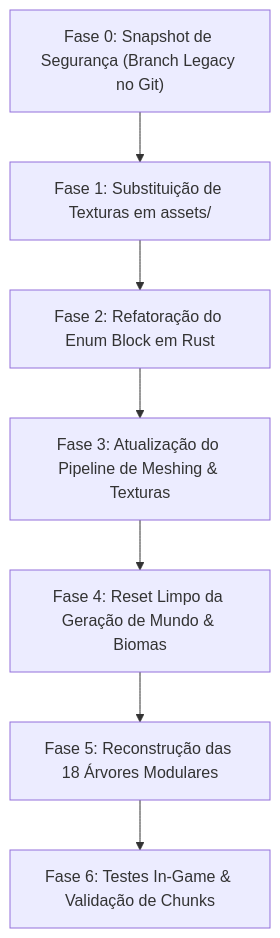
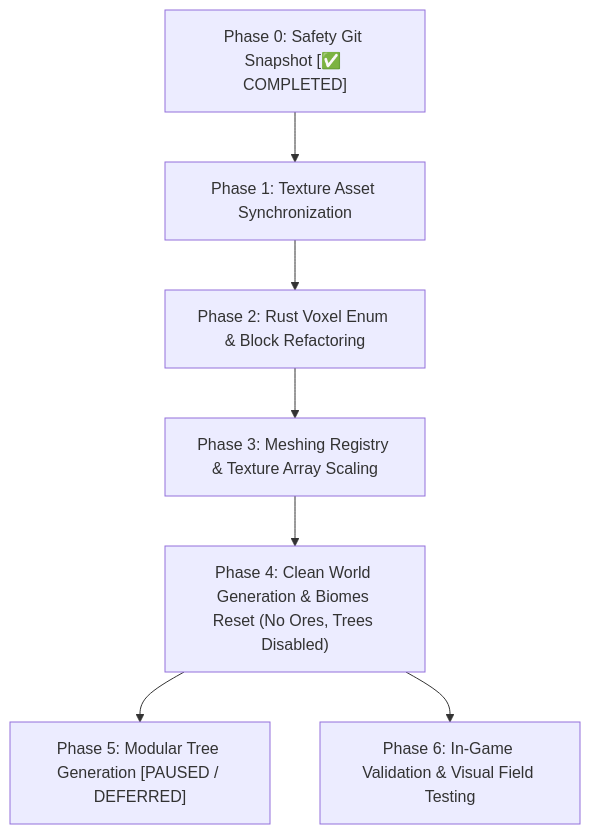
One commit to gabrtzweb/VoxelGameEngine changed the diagram in docs/worldbuilding/block_replacement_plan.md. Above: the diagram before and after it, drawn with Mermaid. The commit also changed other lines of this file and 142 other files, not shown here.

````diff
--- a/docs/worldbuilding/block_replacement_plan.md
+++ b/docs/worldbuilding/block_replacement_plan.md
@@ -41,9 +39,9 @@
 ```mermaid
 graph TD
-    P0["Fase 0: Snapshot de Segurança (Branch Legacy no Git)"] --> P1["Fase 1: Substituição de Texturas em assets/"]
-    P1 --> P2["Fase 2: Refatoração do Enum Block em Rust"]
-    P2 --> P3["Fase 3: Atualização do Pipeline de Meshing & Texturas"]
-    P3 --> P4["Fase 4: Reset Limpo da Geração de Mundo & Biomas"]
-    P4 --> P5["Fase 5: Reconstrução das 18 Árvores Modulares"]
-    P5 --> P6["Fase 6: Testes In-Game & Validação de Chunks"]
+    P0["Phase 0: Safety Git Snapshot [✅ COMPLETED]"] --> P1["Phase 1: Texture Asset Synchronization"]
+    P1 --> P2["Phase 2: Rust Voxel Enum & Block Refactoring"]
+    P2 --> P3["Phase 3: Meshing Registry & Texture Array Scaling"]
+    P3 --> P4["Phase 4: Clean World Generation & Biomes Reset (No Ores, Trees Disabled)"]
+    P4 --> P5["Phase 5: Modular Tree Generation [PAUSED / DEFERRED]"]
+    P4 --> P6["Phase 6: In-Game Validation & Visual Field Testing"]
 ```
````
